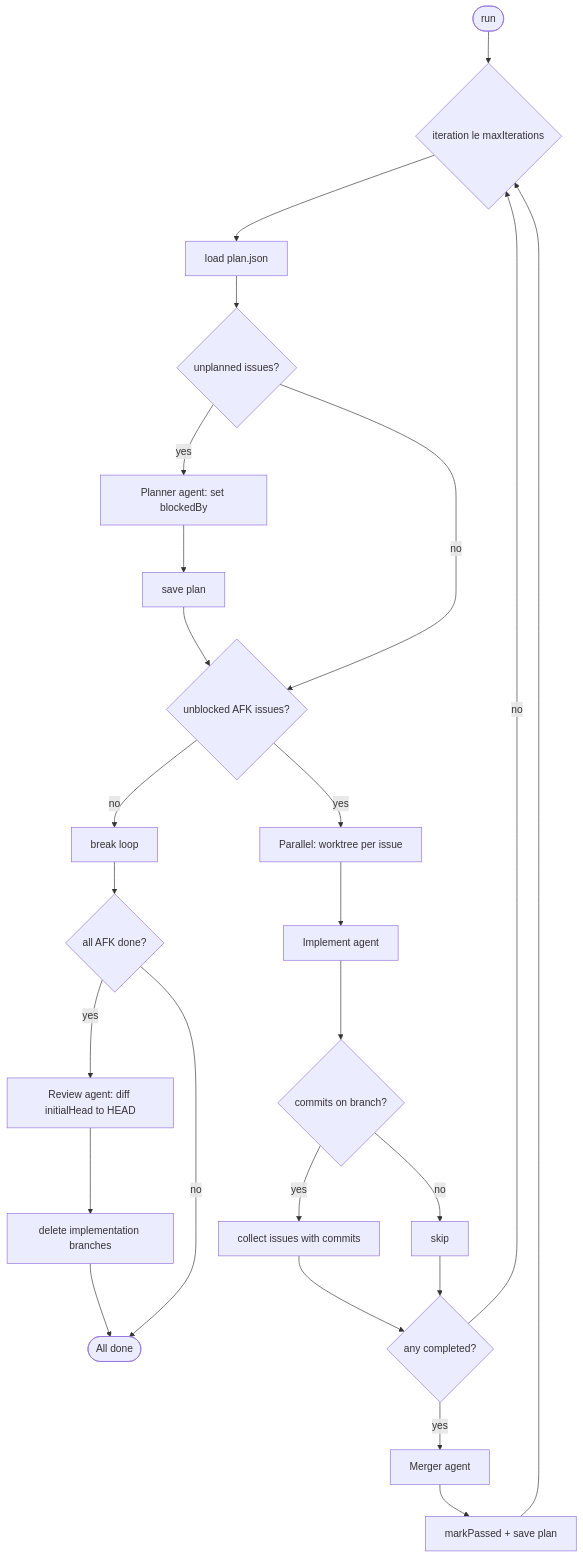
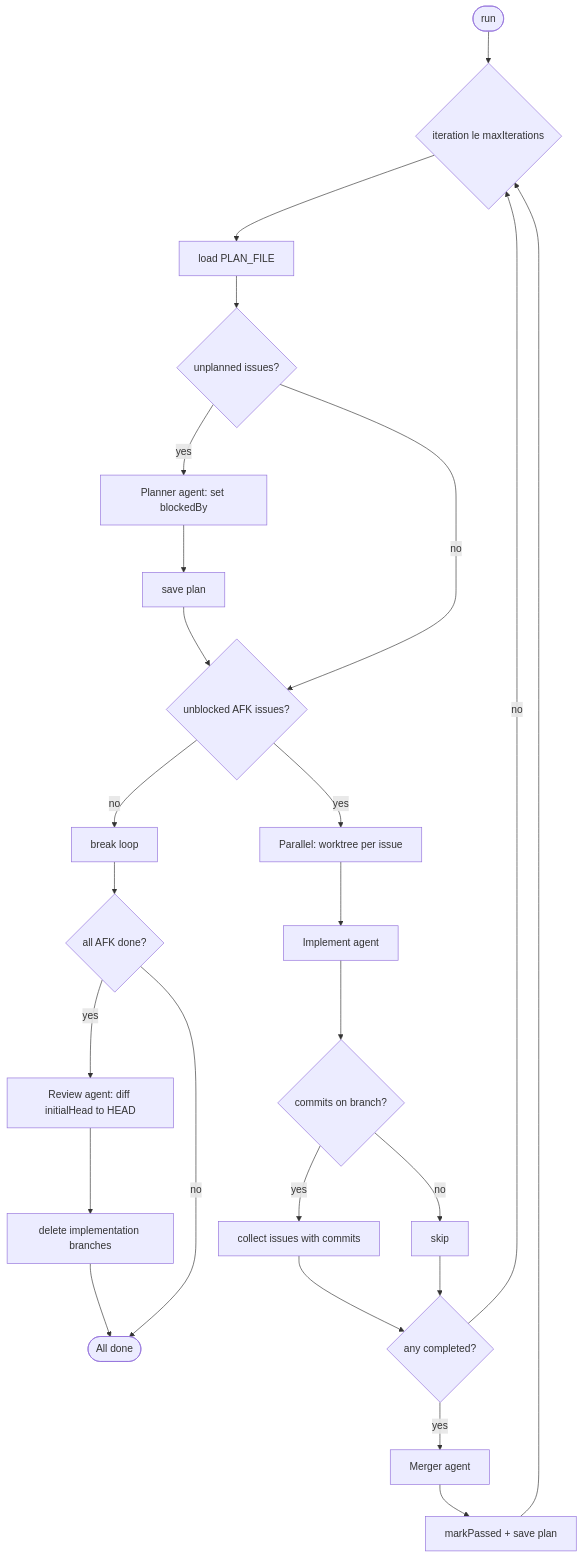
Before and after one commit to amwebexpert/etoolbox: the first of 3 diagrams in ai-orchestrator/README.md, drawn with Mermaid. The commit also changed other lines of this file and 8 other files, not shown here.

````diff
--- a/ai-orchestrator/README.md
+++ b/ai-orchestrator/README.md
@@ -90,27 +98,27 @@
 ```mermaid
 flowchart TD
   start([run]) --> iter{iteration le maxIterations}
-  iter --> load[load plan.json]
+  iter --> load[load PLAN_FILE]
   load --> planPhase{unplanned issues?}
   planPhase -->|yes| planner[Planner agent: set blockedBy]
   planPhase -->|no| unblocked
   planner --> savePlan1[save plan]
   savePlan1 --> unblocked{unblocked AFK issues?}
   unblocked -->|no| exitLoop[break loop]
   unblocked -->|yes| implParallel[Parallel: worktree per issue]
   implParallel --> implement[Implement agent]
   implement --> hasCommits{commits on branch?}
   hasCommits -->|yes| collect[collect issues with commits]
   hasCommits -->|no| skipCollect[skip]
   skipCollect --> anyDone
   collect --> anyDone{any completed?}
   anyDone -->|no| iter
   anyDone -->|yes| merger[Merger agent]
   merger --> markPassed[markPassed + save plan]
   markPassed --> iter
   exitLoop --> allAfkDone{all AFK done?}
   allAfkDone -->|yes| review[Review agent: diff initialHead to HEAD]
   allAfkDone -->|no| done([All done])
   review --> deleteBranches[delete implementation branches]
   deleteBranches --> done
 ```
````
